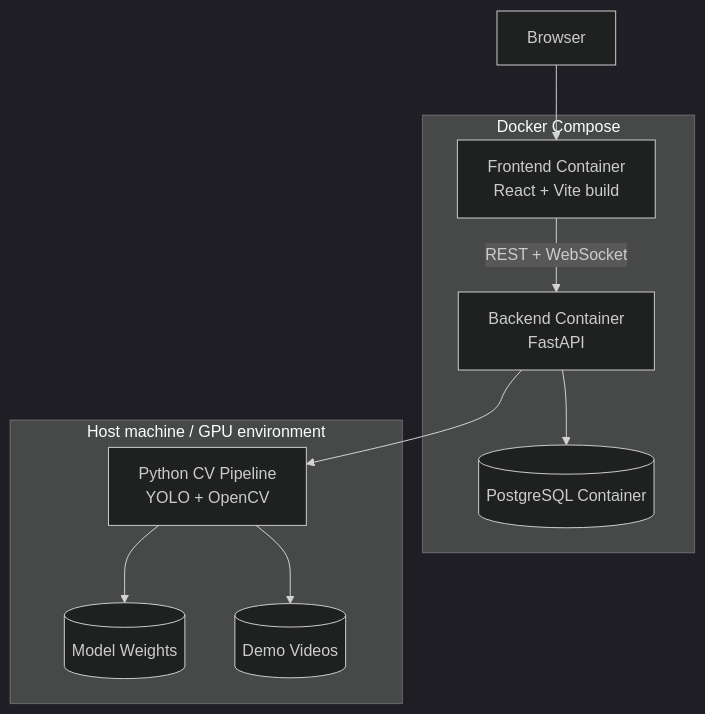
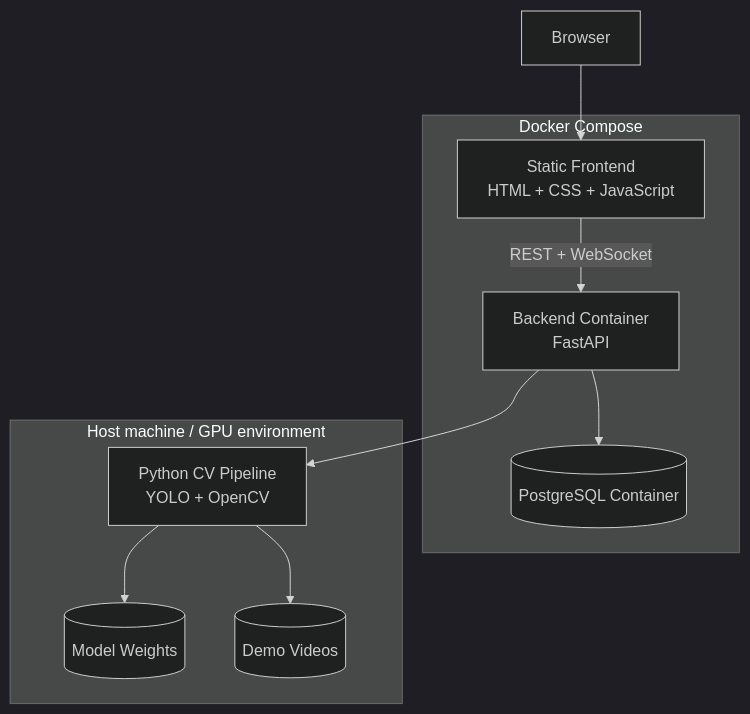
Before and after one commit to NguyenNhat4/Sentiel-safety-intelligent: the second of 2 diagrams in docs/architecture_diagram.md, drawn with Mermaid (dark theme). The commit also changed other lines of this file and 28 other files, not shown here.

````diff
--- a/docs/architecture_diagram.md
+++ b/docs/architecture_diagram.md
@@ -92,23 +97,23 @@
 ```mermaid
 flowchart TB
     BROWSER["Browser"]
 
     subgraph DOCKER["Docker Compose"]
-        FRONTEND["Frontend Container<br/>React + Vite build"]
+        FRONTEND["Static Frontend<br/>HTML + CSS + JavaScript"]
         BACKEND["Backend Container<br/>FastAPI"]
         DB[("PostgreSQL Container")]
     end
 
     subgraph HOST["Host machine / GPU environment"]
         CVWORKER["Python CV Pipeline<br/>YOLO + OpenCV"]
         MODELS[("Model Weights")]
         VIDEOS[("Demo Videos")]
     end
 
     BROWSER --> FRONTEND
     FRONTEND -->|REST + WebSocket| BACKEND
     BACKEND --> DB
     BACKEND --> CVWORKER
     CVWORKER --> MODELS
     CVWORKER --> VIDEOS
 ```
````
